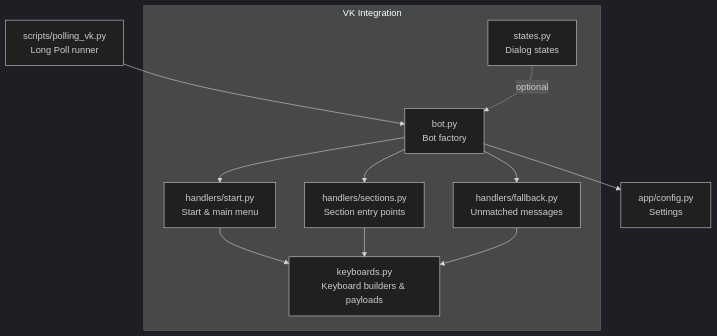
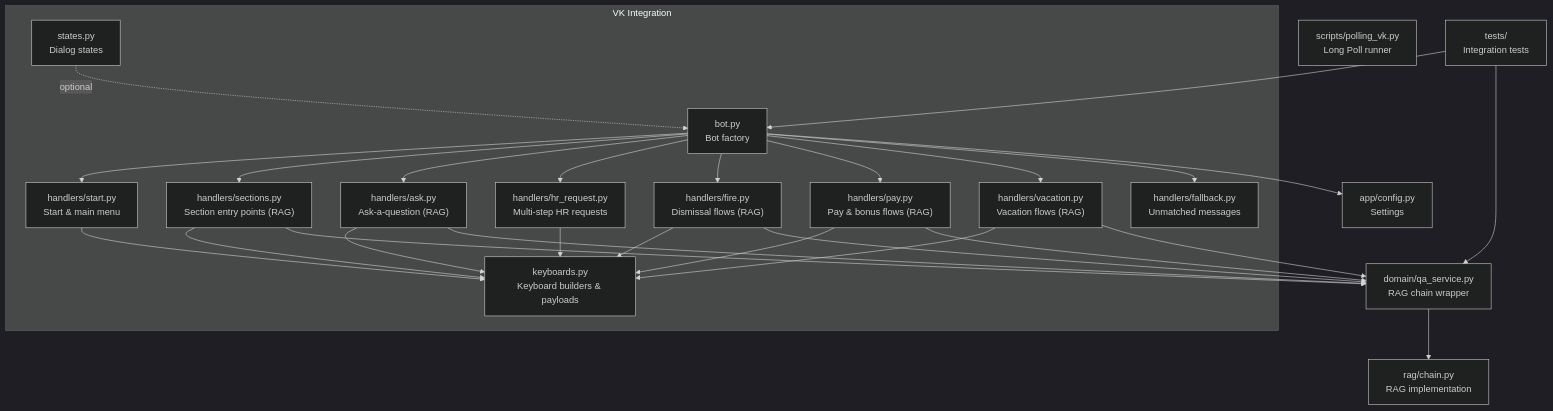
One commit to ognelis/cafetera_hr_bot changed the first of 10 diagrams in .qoder/repowiki/en/content/VK Integration/VK Integration.md. Above: the diagram before and after it, drawn with Mermaid (dark theme). The commit also changed other lines of this file and 8 other files, not shown here.

````diff
--- a/.qoder/repowiki/en/content/VK Integration/VK Integration.md
+++ b/.qoder/repowiki/en/content/VK Integration/VK Integration.md
@@ -43,22 +61,46 @@
 ```mermaid
 graph TB
 subgraph "VK Integration"
 BOT["bot.py<br/>Bot factory"]
 START["handlers/start.py<br/>Start & main menu"]
-SECTIONS["handlers/sections.py<br/>Section entry points"]
+SECTIONS["handlers/sections.py<br/>Section entry points (RAG)"]
+ASK["handlers/ask.py<br/>Ask-a-question (RAG)"]
+HR_REQUEST["handlers/hr_request.py<br/>Multi-step HR requests"]
+FIRE["handlers/fire.py<br/>Dismissal flows (RAG)"]
+PAY["handlers/pay.py<br/>Pay & bonus flows (RAG)"]
+VACATION["handlers/vacation.py<br/>Vacation flows (RAG)"]
 FALLBACK["handlers/fallback.py<br/>Unmatched messages"]
 KEYBOARDS["keyboards.py<br/>Keyboard builders & payloads"]
 STATES["states.py<br/>Dialog states"]
 end
+QA_SERVICE["domain/qa_service.py<br/>RAG chain wrapper"]
+CHAIN["rag/chain.py<br/>RAG implementation"]
 SCRIPT["scripts/polling_vk.py<br/>Long Poll runner"]
 CONFIG["app/config.py<br/>Settings"]
-SCRIPT --> BOT
+TESTS["tests/<br/>Integration tests"]
 BOT --> START
 BOT --> SECTIONS
+BOT --> ASK
+BOT --> HR_REQUEST
+BOT --> FIRE
+BOT --> PAY
+BOT --> VACATION
 BOT --> FALLBACK
 START --> KEYBOARDS
 SECTIONS --> KEYBOARDS
-FALLBACK --> KEYBOARDS
+ASK --> KEYBOARDS
+HR_REQUEST --> KEYBOARDS
+FIRE --> KEYBOARDS
+PAY --> KEYBOARDS
+VACATION --> KEYBOARDS
+ASK --> QA_SERVICE
+FIRE --> QA_SERVICE
+PAY --> QA_SERVICE
+VACATION --> QA_SERVICE
+SECTIONS --> QA_SERVICE
+QA_SERVICE --> CHAIN
 BOT --> CONFIG
+TESTS --> BOT
+TESTS --> QA_SERVICE
 STATES -. optional .-> BOT
 ```
````
